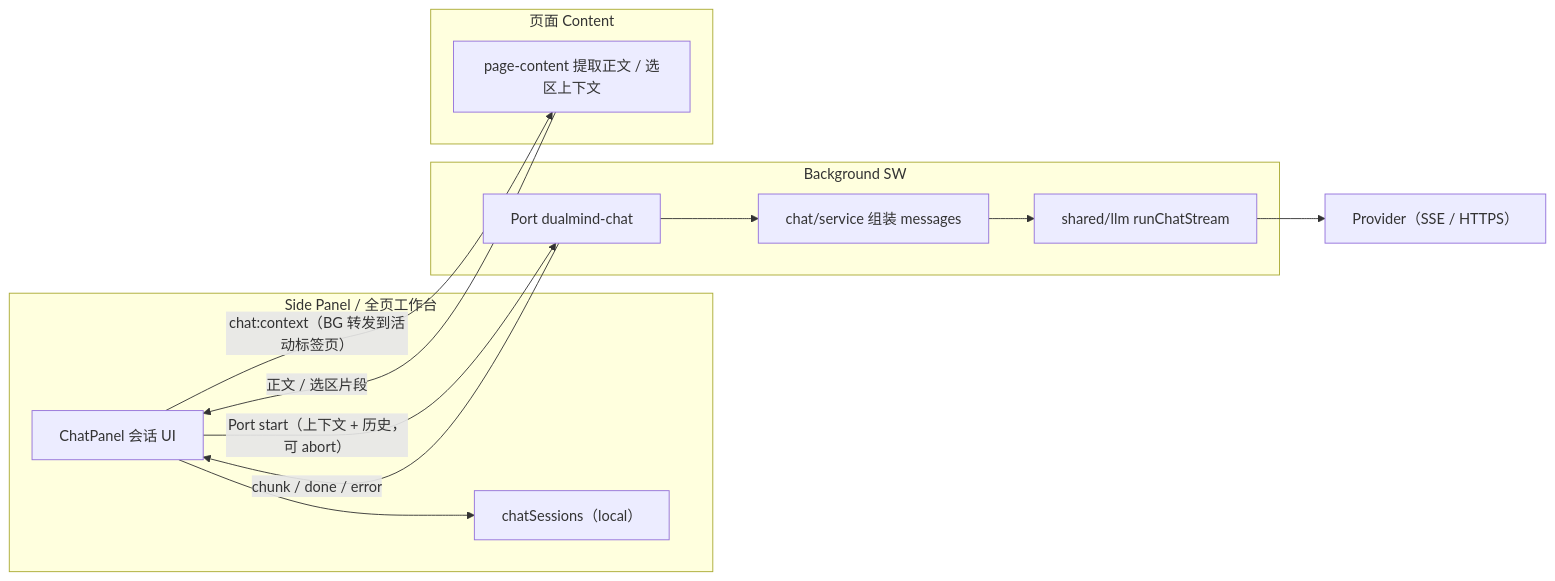
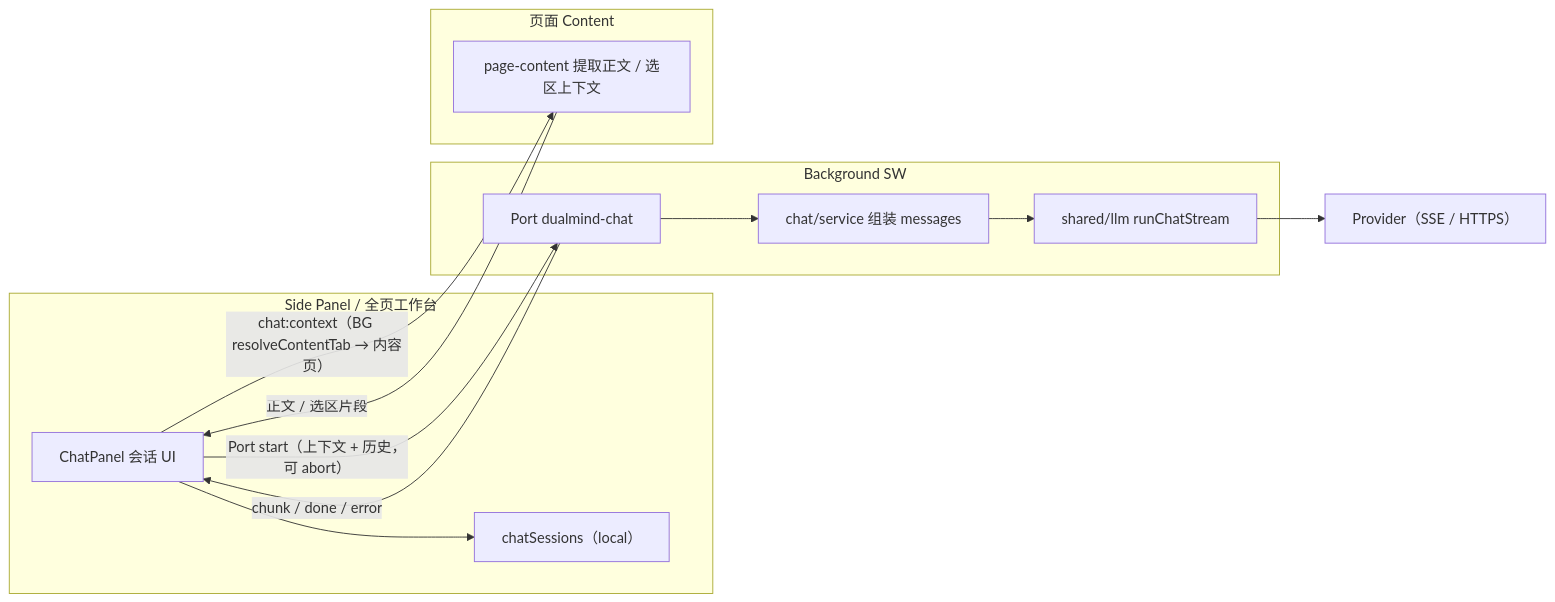
The diagram in docs/architecture-v2.md (zhengzhp/DualMind), drawn with Mermaid before and after one commit. The commit also changed other lines of this file and 35 other files, not shown here.

````diff
--- a/docs/architecture-v2.md
+++ b/docs/architecture-v2.md
@@ -51,24 +57,24 @@
 ```mermaid
 flowchart LR
   subgraph panel [Side Panel / 全页工作台]
     ChatUI["ChatPanel 会话 UI"]
     Sessions["chatSessions（local）"]
   end
   subgraph bg [Background SW]
     ChatPort["Port dualmind-chat"]
     ChatSvc["chat/service 组装 messages"]
     LLM["shared/llm runChatStream"]
   end
   subgraph page [页面 Content]
     Extract["page-content 提取正文 / 选区上下文"]
   end
   ProviderEndpoint["Provider（SSE / HTTPS）"]
-  ChatUI -->|"chat:context（BG 转发到活动标签页）"| Extract
+  ChatUI -->|"chat:context（BG resolveContentTab → 内容页）"| Extract
   Extract -->|"正文 / 选区片段"| ChatUI
   ChatUI -->|"Port start（上下文 + 历史，可 abort）"| ChatPort
   ChatPort --> ChatSvc
   ChatSvc --> LLM
   LLM --> ProviderEndpoint
   ChatPort -->|"chunk / done / error"| ChatUI
   ChatUI --> Sessions
 ```
````
